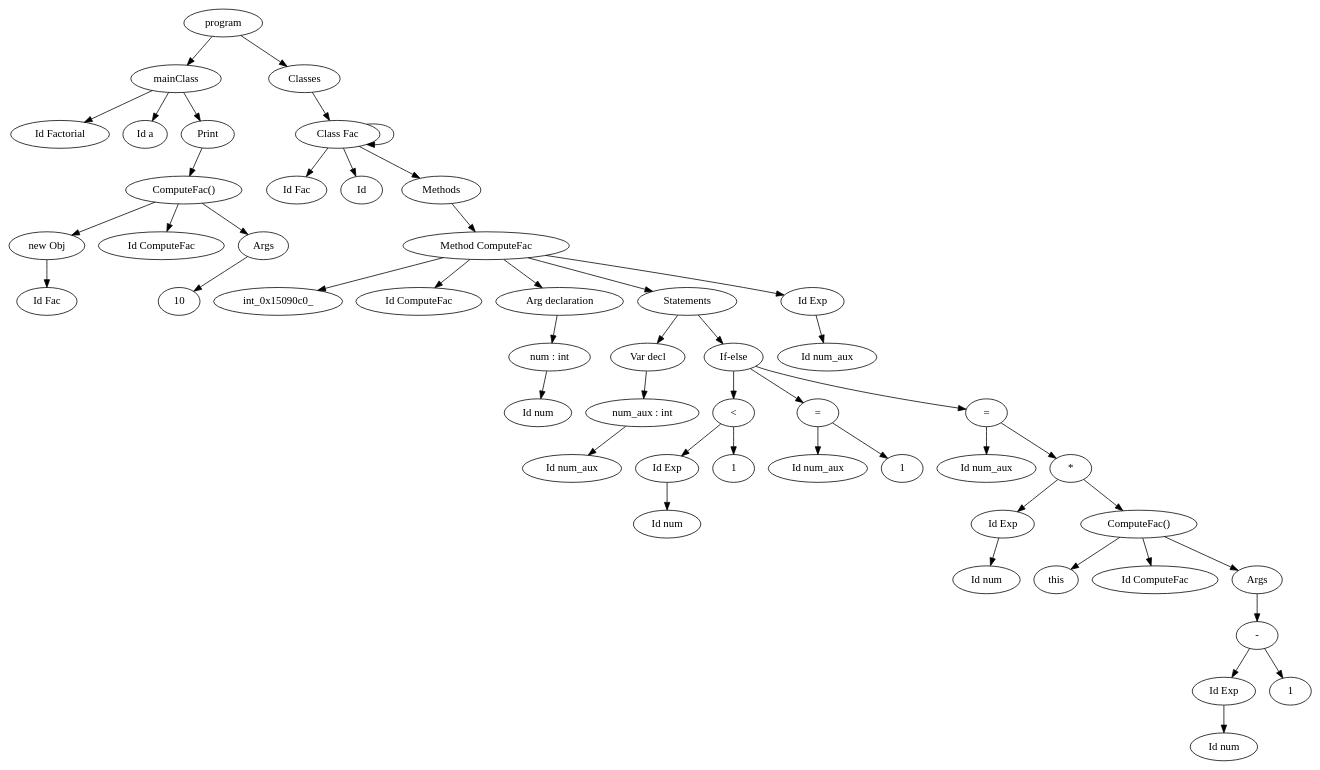
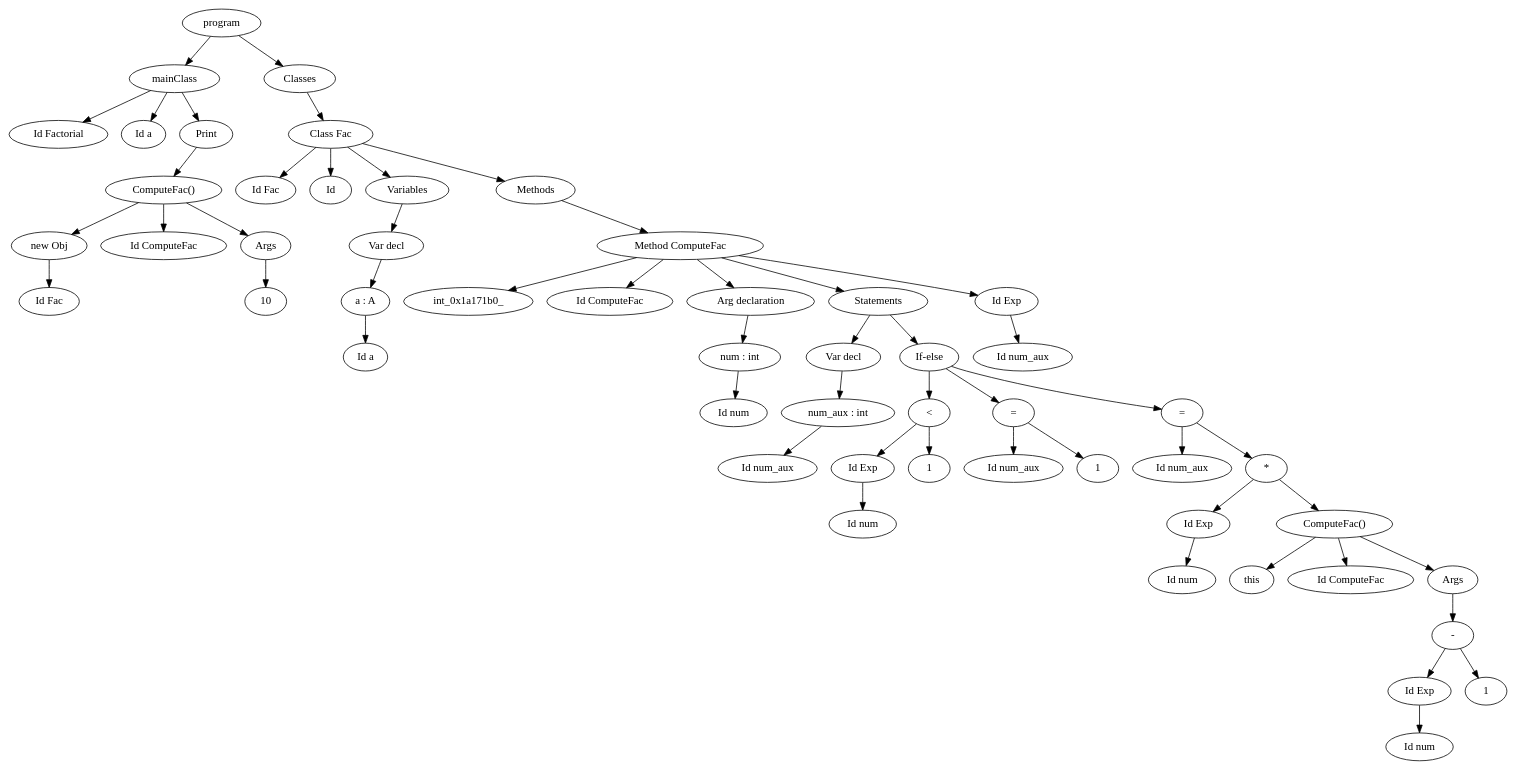
Before and after one commit to ksenull/MiniJavac: the diagram in ast/graph.dot, drawn with Graphviz. The commit also changed 9 other files, not shown here.

```diff
--- a/ast/graph.dot
+++ b/ast/graph.dot
@@ -1,71 +1,76 @@
 digraph G {
-program -> mainClass -> id_Factorial_0x1508fa8;
-id_Factorial_0x1508fa8[label="Id Factorial"];
-mainClass -> id_a_0x1508fc8;
-id_a_0x1508fc8[label="Id a"];
-mainClass -> Print_0x1508f60 -> Call_0x1508f10 -> New_Object_0x1508e70 -> id_Fac_0x1508e88;
-id_Fac_0x1508e88[label="Id Fac"];
-New_Object_0x1508e70[label="new Obj"];
-Call_0x1508f10 -> id_ComputeFac_0x1508f30;
-id_ComputeFac_0x1508f30[label="Id ComputeFac"];
-Call_0x1508f10 -> Arguments_0x1508eb0 -> constant_0x14fdcd0
-constant_0x14fdcd0[label="10"];
-Arguments_0x1508eb0[label="Args"];
-Call_0x1508f10[label="ComputeFac()"];
-Print_0x1508f60[label="Print"];
-program -> Class_list_0x1509000 -> Class_0x1509830 -> id_Fac_0x1509848;
-id_Fac_0x1509848[label="Id Fac"];
-Class_0x1509830 -> id__0x1509868;
-id__0x1509868[label="Id "];
-Class_0x1509830 -> Class_0x1509830 -> Methods_0x1509080 -> Method_0x15097d0 -> int_0x15090c0_;
-Method_0x15097d0 -> id_ComputeFac_0x15097e8;
-id_ComputeFac_0x15097e8[label="Id ComputeFac"];
-Method_0x15097d0 -> Argument_declarations_0x15091b0 -> var_0x1509160 -> id_num_0x1509180;
-id_num_0x1509180[label="Id num"];
-var_0x1509160[label="num : int"];
-Argument_declarations_0x15091b0[label="Arg declaration"];
-Method_0x15097d0 -> Statements_0x1509210 -> var_statement_0x15092f0 -> var_0x15092a0 -> id_num_aux_0x15092c0;
-id_num_aux_0x15092c0[label="Id num_aux"];
-var_0x15092a0[label="num_aux : int"];
-var_statement_0x15092f0[label="Var decl"];
-Statements_0x1509210[label="Statements"];
-Statements_0x1509210 -> If_0x1509720 -> Less_0x15093c0 -> IdExp_0x1509340 -> id_num_0x1509358;
-id_num_0x1509358[label="Id num"];
-IdExp_0x1509340[label="Id Exp"];
-Less_0x15093c0 -> constant_0x1509390
-constant_0x1509390[label="1"];
-Less_0x15093c0[label="<"];
-If_0x1509720 -> Assign_0x1509430 -> id_num_aux_0x1509448;
-id_num_aux_0x1509448[label="Id num_aux"];
-Assign_0x1509430 -> constant_0x1509400
-constant_0x1509400[label="1"];
-Assign_0x1509430[label="="];
-If_0x1509720 -> Assign_0x15096d0 -> id_num_aux_0x15096e8;
-id_num_aux_0x15096e8[label="Id num_aux"];
-Assign_0x15096d0 -> Multiply_0x1509690 -> IdExp_0x1509480 -> id_num_0x1509498;
-id_num_0x1509498[label="Id num"];
-IdExp_0x1509480[label="Id Exp"];
-Multiply_0x1509690 -> Call_0x1509640 -> IdExp_0x15094d0;
-IdExp_0x15094d0[label="this"];
-Call_0x1509640 -> id_ComputeFac_0x1509660;
-id_ComputeFac_0x1509660[label="Id ComputeFac"];
-Call_0x1509640 -> Arguments_0x15095e0 -> Minus_0x15095a0 -> IdExp_0x1509520 -> id_num_0x1509538;
-id_num_0x1509538[label="Id num"];
-IdExp_0x1509520[label="Id Exp"];
-Minus_0x15095a0 -> constant_0x1509570
-constant_0x1509570[label="1"];
-Minus_0x15095a0[label="-"];
-Arguments_0x15095e0[label="Args"];
-Call_0x1509640[label="ComputeFac()"];
-Multiply_0x1509690[label="*"];
-Assign_0x15096d0[label="="];
-If_0x1509720[label="If-else"];
-Statements_0x1509210[label="Statements"];
-Method_0x15097d0 -> IdExp_0x1509780 -> id_num_aux_0x1509798;
-id_num_aux_0x1509798[label="Id num_aux"];
-IdExp_0x1509780[label="Id Exp"];
-Method_0x15097d0[label="Method ComputeFac"];
-Methods_0x1509080[label="Methods"];
-Class_0x1509830[label="Class Fac"];
-Class_list_0x1509000[label="Classes"];
+program -> mainClass -> id_Factorial_0x1a16fa8;
+id_Factorial_0x1a16fa8[label="Id Factorial"];
+mainClass -> id_a_0x1a16fc8;
+id_a_0x1a16fc8[label="Id a"];
+mainClass -> Print_0x1a16f60 -> Call_0x1a16f10 -> New_Object_0x1a16e70 -> id_Fac_0x1a16e88;
+id_Fac_0x1a16e88[label="Id Fac"];
+New_Object_0x1a16e70[label="new Obj"];
+Call_0x1a16f10 -> id_ComputeFac_0x1a16f30;
+id_ComputeFac_0x1a16f30[label="Id ComputeFac"];
+Call_0x1a16f10 -> Arguments_0x1a16eb0 -> constant_0x1a0bcd0
+constant_0x1a0bcd0[label="10"];
+Arguments_0x1a16eb0[label="Args"];
+Call_0x1a16f10[label="ComputeFac()"];
+Print_0x1a16f60[label="Print"];
+program -> Class_list_0x1a17000 -> Class_0x1a17920 -> id_Fac_0x1a17938;
+id_Fac_0x1a17938[label="Id Fac"];
+Class_0x1a17920 -> id__0x1a17958;
+id__0x1a17958[label="Id "];
+Class_0x1a17920 -> Vars_list_0x1a17040 -> var_statement_0x1a17120 -> var_0x1a170d0 -> id_a_0x1a170f0;
+id_a_0x1a170f0[label="Id a"];
+var_0x1a170d0[label="a : A"];
+var_statement_0x1a17120[label="Var decl"];
+Vars_list_0x1a17040[label="Variables"];
+Class_0x1a17920 -> Methods_0x1a17170 -> Method_0x1a178c0 -> int_0x1a171b0_;
+Method_0x1a178c0 -> id_ComputeFac_0x1a178d8;
+id_ComputeFac_0x1a178d8[label="Id ComputeFac"];
+Method_0x1a178c0 -> Argument_declarations_0x1a172a0 -> var_0x1a17250 -> id_num_0x1a17270;
+id_num_0x1a17270[label="Id num"];
+var_0x1a17250[label="num : int"];
+Argument_declarations_0x1a172a0[label="Arg declaration"];
+Method_0x1a178c0 -> Statements_0x1a17300 -> var_statement_0x1a173e0 -> var_0x1a17390 -> id_num_aux_0x1a173b0;
+id_num_aux_0x1a173b0[label="Id num_aux"];
+var_0x1a17390[label="num_aux : int"];
+var_statement_0x1a173e0[label="Var decl"];
+Statements_0x1a17300[label="Statements"];
+Statements_0x1a17300 -> If_0x1a17810 -> Less_0x1a174b0 -> IdExp_0x1a17430 -> id_num_0x1a17448;
+id_num_0x1a17448[label="Id num"];
+IdExp_0x1a17430[label="Id Exp"];
+Less_0x1a174b0 -> constant_0x1a17480
+constant_0x1a17480[label="1"];
+Less_0x1a174b0[label="<"];
+If_0x1a17810 -> Assign_0x1a17520 -> id_num_aux_0x1a17538;
+id_num_aux_0x1a17538[label="Id num_aux"];
+Assign_0x1a17520 -> constant_0x1a174f0
+constant_0x1a174f0[label="1"];
+Assign_0x1a17520[label="="];
+If_0x1a17810 -> Assign_0x1a177c0 -> id_num_aux_0x1a177d8;
+id_num_aux_0x1a177d8[label="Id num_aux"];
+Assign_0x1a177c0 -> Multiply_0x1a17780 -> IdExp_0x1a17570 -> id_num_0x1a17588;
+id_num_0x1a17588[label="Id num"];
+IdExp_0x1a17570[label="Id Exp"];
+Multiply_0x1a17780 -> Call_0x1a17730 -> IdExp_0x1a175c0;
+IdExp_0x1a175c0[label="this"];
+Call_0x1a17730 -> id_ComputeFac_0x1a17750;
+id_ComputeFac_0x1a17750[label="Id ComputeFac"];
+Call_0x1a17730 -> Arguments_0x1a176d0 -> Minus_0x1a17690 -> IdExp_0x1a17610 -> id_num_0x1a17628;
+id_num_0x1a17628[label="Id num"];
+IdExp_0x1a17610[label="Id Exp"];
+Minus_0x1a17690 -> constant_0x1a17660
+constant_0x1a17660[label="1"];
+Minus_0x1a17690[label="-"];
+Arguments_0x1a176d0[label="Args"];
+Call_0x1a17730[label="ComputeFac()"];
+Multiply_0x1a17780[label="*"];
+Assign_0x1a177c0[label="="];
+If_0x1a17810[label="If-else"];
+Statements_0x1a17300[label="Statements"];
+Method_0x1a178c0 -> IdExp_0x1a17870 -> id_num_aux_0x1a17888;
+id_num_aux_0x1a17888[label="Id num_aux"];
+IdExp_0x1a17870[label="Id Exp"];
+Method_0x1a178c0[label="Method ComputeFac"];
+Methods_0x1a17170[label="Methods"];
+Class_0x1a17920[label="Class Fac"];
+Class_list_0x1a17000[label="Classes"];
 }
```
